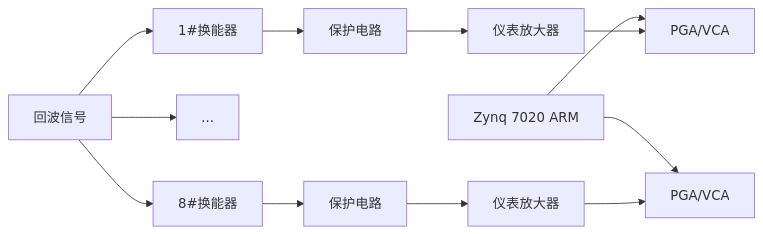
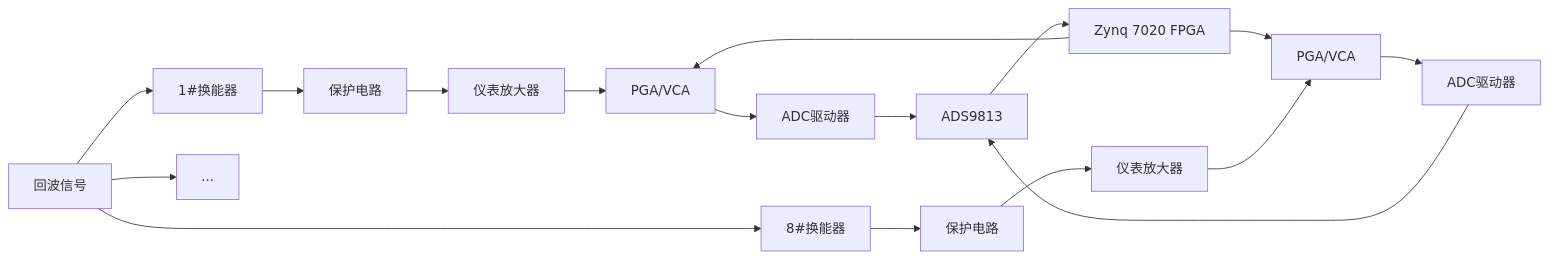
One commit to Rukawa15/iodraw-files changed the diagram in all/同步采集.md. Above: the diagram before and after it, drawn with Mermaid.

Commit message:
2025-06-19 14:39:14 update

````diff
--- a/all/同步采集.md
+++ b/all/同步采集.md
@@ -1,21 +1,27 @@
 ```mermaid
 graph LR
 A[回波信号]
 A --> B1[1#换能器]
 A --> ...
 A --> B8[8#换能器]
 
 B1 --> C1[保护电路]
 B8 --> C8[保护电路]
 
 C1 --> D1[仪表放大器]
 C8 --> D8[仪表放大器]
 H[Zynq 7020 ARM] --> E1
 H[Zynq 7020 ARM] --> E8
 D1 --> E1[PGA/VCA]
 D8 --> E8[PGA/VCA]
 
+E1 --> F1[ADC驱动器]
+E8 --> F8[ADC驱动器]
 
+F1 --> G[ADS9813]
+F8 --> G[ADS9813]
+
+G --> H[Zynq 7020 FPGA]
 
 
 ```
````
